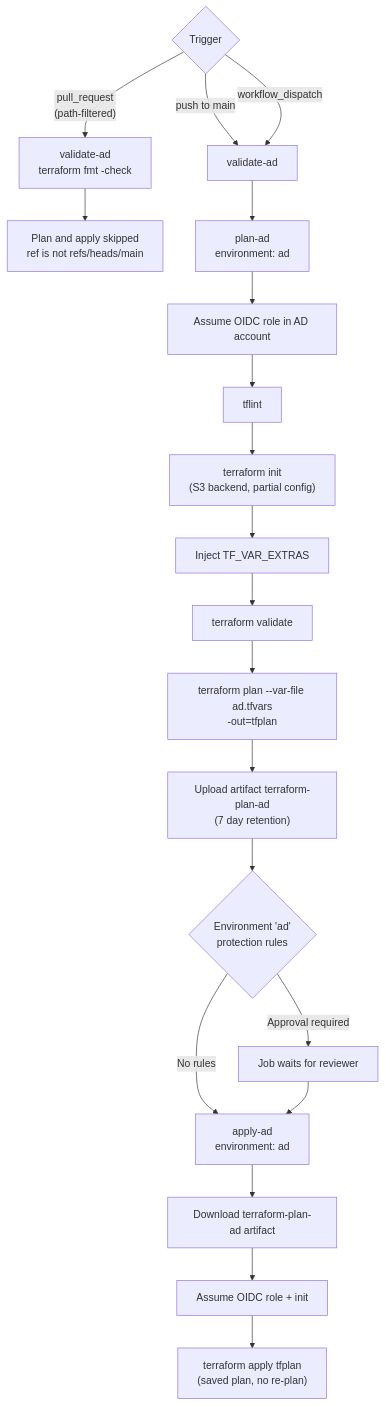
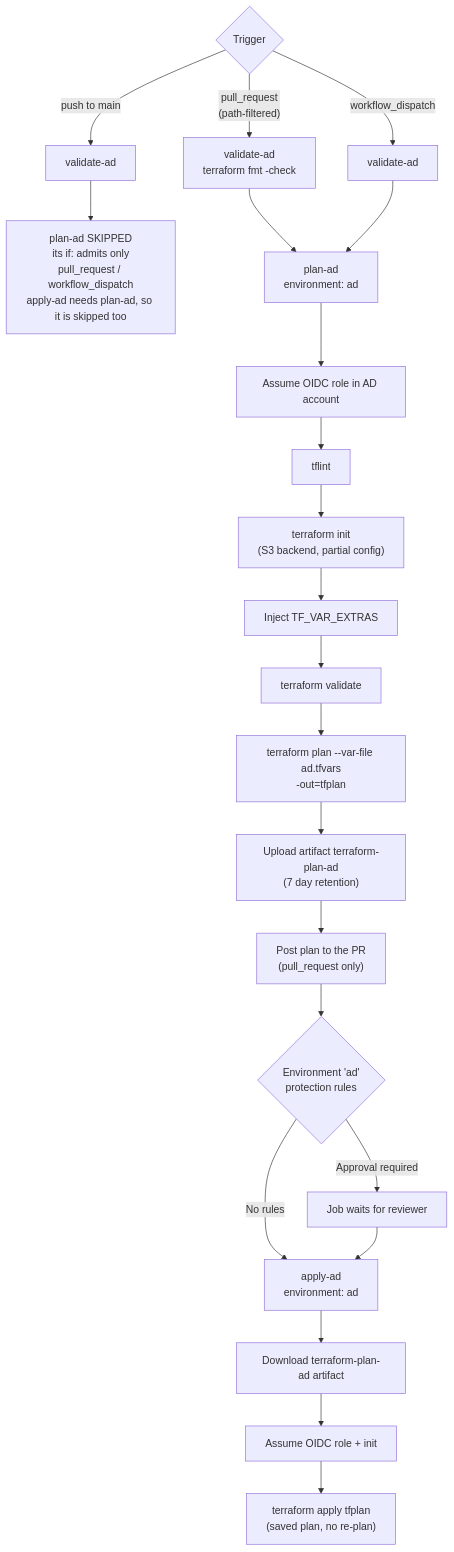
One commit to pbs-common/terraform-aws-vm-migration changed the diagram in .github/workflows/README.md. Above: the diagram before and after it, drawn with Mermaid. The commit also changed other lines of this file and 16 other files, not shown here.

````diff
--- a/.github/workflows/README.md
+++ b/.github/workflows/README.md
@@ -64,27 +71,29 @@
 ```mermaid
 flowchart TD
     T{Trigger}
     T -->|"pull_request<br/>(path-filtered)"| V1[validate-ad<br/>terraform fmt -check]
     T -->|push to main| V2[validate-ad]
-    T -->|workflow_dispatch| V2
+    T -->|workflow_dispatch| V3[validate-ad]
 
-    V1 --> STOP[Plan and apply skipped<br/>ref is not refs/heads/main]
+    V2 --> STOP["plan-ad SKIPPED<br/>its if: admits only<br/>pull_request / workflow_dispatch<br/>apply-ad needs plan-ad, so it is skipped too"]
 
-    V2 --> P[plan-ad<br/>environment: ad]
+    V1 --> P[plan-ad<br/>environment: ad]
+    V3 --> P
     P --> P1[Assume OIDC role in AD account]
     P1 --> P2[tflint]
     P2 --> P3["terraform init<br/>(S3 backend, partial config)"]
     P3 --> P4[Inject TF_VAR_EXTRAS]
     P4 --> P5[terraform validate]
     P5 --> P6["terraform plan --var-file ad.tfvars<br/>-out=tfplan"]
     P6 --> P7["Upload artifact terraform-plan-ad<br/>(7 day retention)"]
 
-    P7 --> G{"Environment 'ad'<br/>protection rules"}
+    P7 --> PR["Post plan to the PR<br/>(pull_request only)"]
+    PR --> G{"Environment 'ad'<br/>protection rules"}
     G -->|Approval required| W[Job waits for reviewer]
     G -->|No rules| A
     W --> A[apply-ad<br/>environment: ad]
 
     A --> A1[Download terraform-plan-ad artifact]
     A1 --> A2[Assume OIDC role + init]
     A2 --> A3["terraform apply tfplan<br/>(saved plan, no re-plan)"]
 ```
````
